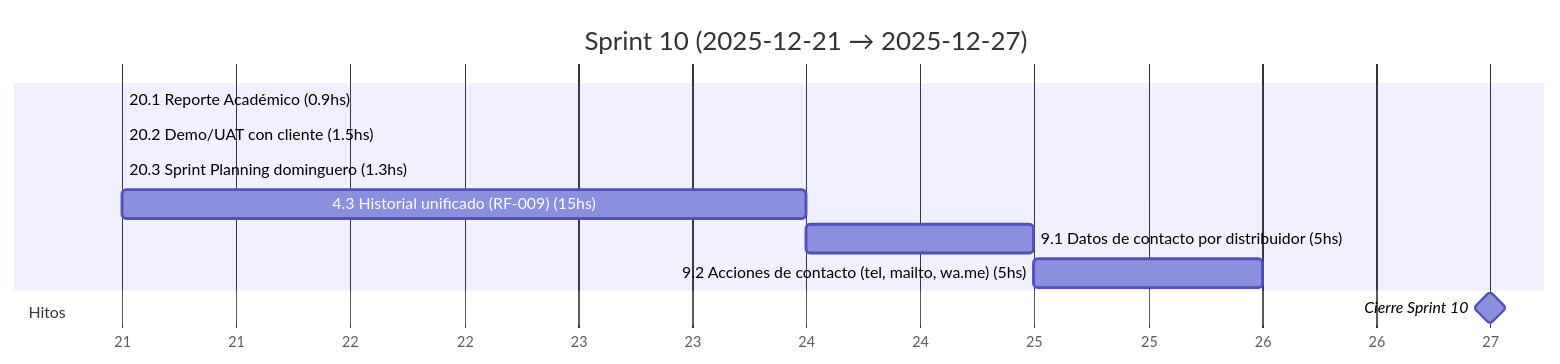
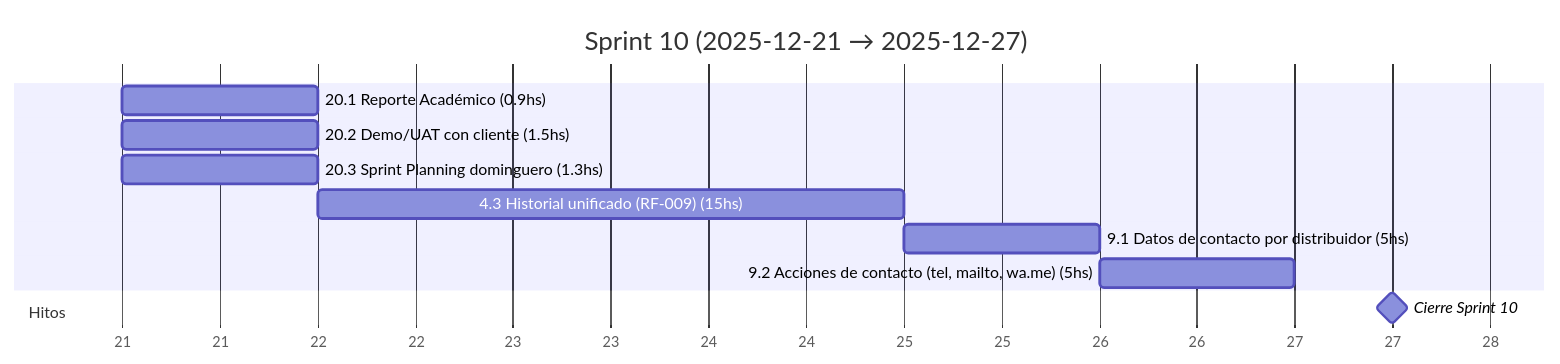
One commit to MarkMed/FleetMan changed diagram 11 of 18 in docs/SprintsGantts.md. Above: the diagram before and after it, drawn with Mermaid. The commit also changed other lines of this file, not shown here.

````diff
--- a/docs/SprintsGantts.md
+++ b/docs/SprintsGantts.md
@@ -269,18 +269,18 @@
 ```mermaid
 gantt
   title Sprint 10 (2025-12-21 → 2025-12-27)
   dateFormat  YYYY-MM-DD
   axisFormat  %d
 
   %% Asumimos 5 h/día. Horas estimadas incluidas en el nombre.
 
-  20.1 Reporte Académico (0.9hs)               :t201, 2025-12-21, 0.2d
-  20.2 Demo/UAT con cliente (1.5hs)            :t202, after t201, 0.3d
-  20.3 Sprint Planning dominguero (1.3hs)      :t203, after t202, 0.3d
+  20.1 Reporte Académico (0.9hs)               :t201, 2025-12-21, 1d
+  20.2 Demo/UAT con cliente (1.5hs)            :t202, 2025-12-21, 1d
+  20.3 Sprint Planning dominguero (1.3hs)      :t203, 2025-12-21, 1d
   4.3 Historial unificado (RF-009) (15hs)      :t43, after t203, 3d
   9.1 Datos de contacto por distribuidor (5hs) :t91, after t43, 1d
   9.2 Acciones de contacto (tel, mailto, wa.me) (5hs) :t92, after t91, 1d
 
   section Hitos
-  Cierre Sprint 10                             :milestone, s10, 2025-12-27, 0d
+  Cierre Sprint 10                             :milestone, s10, 2025-12-27, 1d
 ```
````
